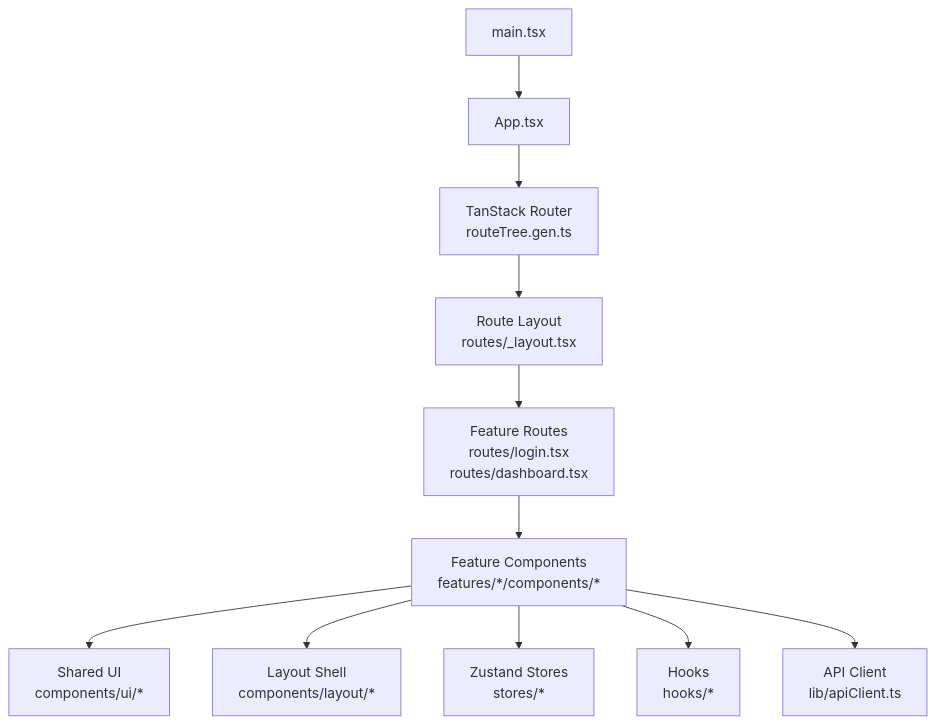
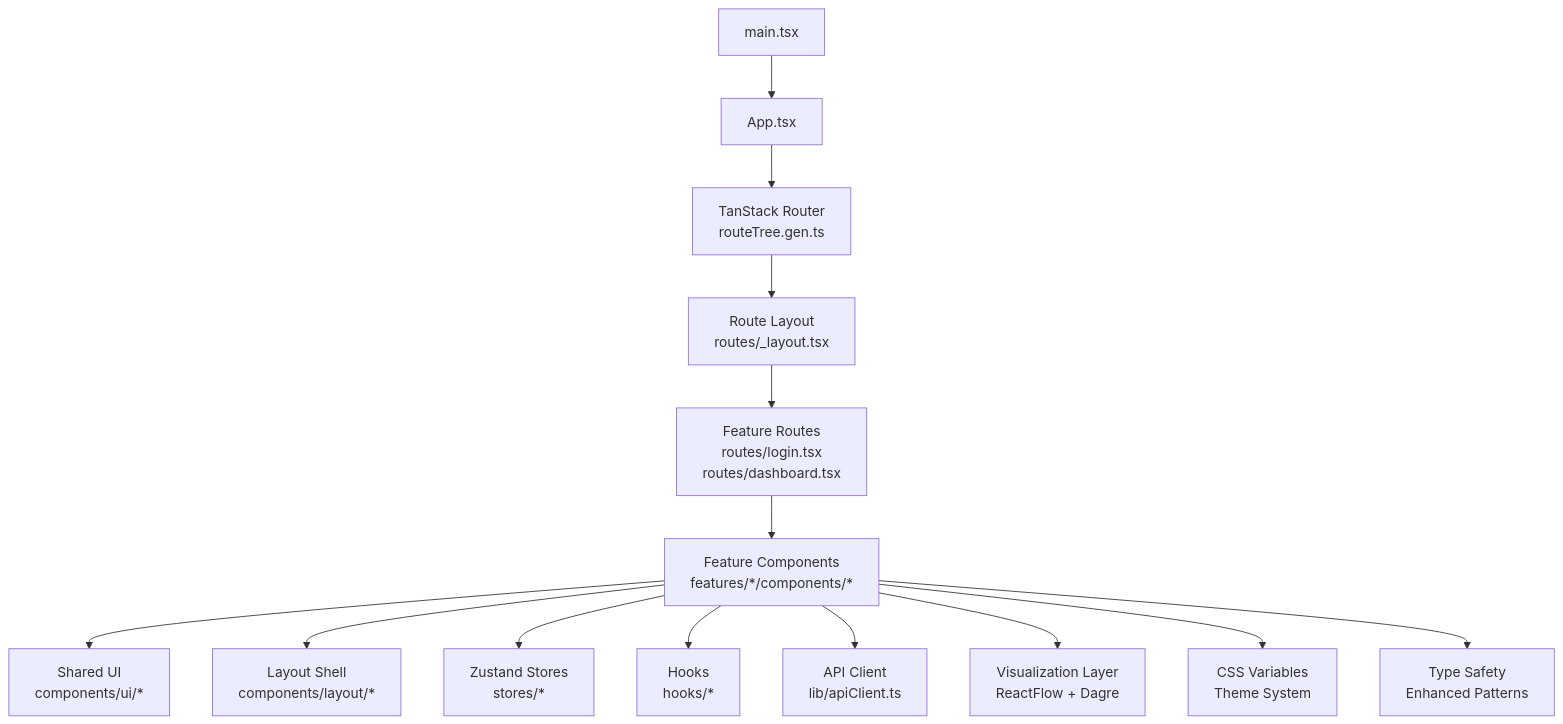
Before and after one commit to franckylab/eLISAschool: the first of 10 diagrams in .qoder/repowiki/en/content/System Architecture/Frontend Architecture/Frontend Architecture.md, drawn with Mermaid. The commit also changed other lines of this file and 134 other files, not shown here.

````diff
--- a/.qoder/repowiki/en/content/System Architecture/Frontend Architecture/Frontend Architecture.md
+++ b/.qoder/repowiki/en/content/System Architecture/Frontend Architecture/Frontend Architecture.md
@@ -46,13 +58,16 @@
 ```mermaid
 graph TB
 A["main.tsx"] --> B["App.tsx"]
 B --> C["TanStack Router<br/>routeTree.gen.ts"]
 C --> D["Route Layout<br/>routes/_layout.tsx"]
 D --> E["Feature Routes<br/>routes/login.tsx<br/>routes/dashboard.tsx"]
 E --> F["Feature Components<br/>features/*/components/*"]
 F --> G["Shared UI<br/>components/ui/*"]
 F --> H["Layout Shell<br/>components/layout/*"]
 F --> I["Zustand Stores<br/>stores/*"]
 F --> J["Hooks<br/>hooks/*"]
 F --> K["API Client<br/>lib/apiClient.ts"]
+F --> L["Visualization Layer<br/>ReactFlow + Dagre"]
+F --> M["CSS Variables<br/>Theme System"]
+F --> N["Type Safety<br/>Enhanced Patterns"]
 ```
````
